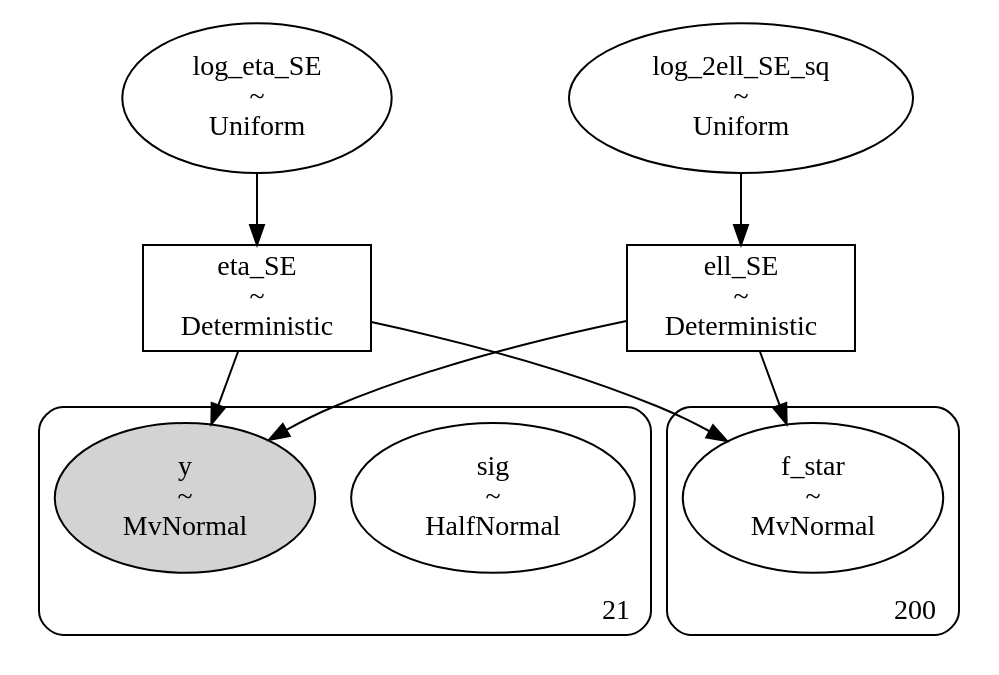
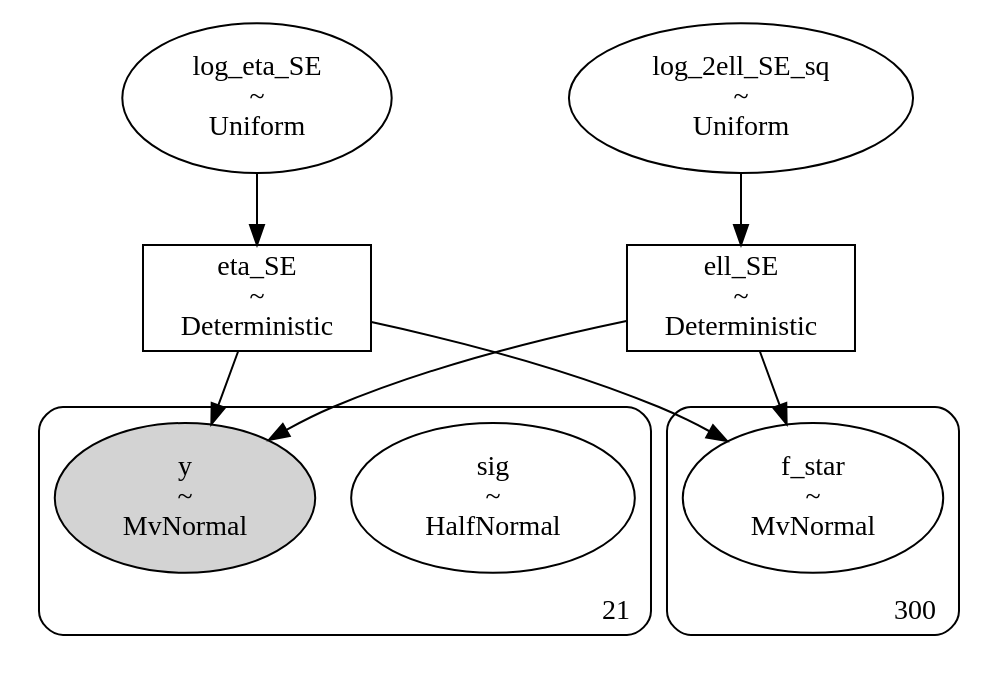
The diagram in dags/428_ra236.530_dec-46.922_4U1543TraPDB_andersson_se_dag.dot (shihchingfu/gp-sandbox-thunderkat), drawn with Graphviz before and after one commit. The commit also changed 11 other files, not shown here.

```diff
--- a/dags/428_ra236.530_dec-46.922_4U1543TraPDB_andersson_se_dag.dot
+++ b/dags/428_ra236.530_dec-46.922_4U1543TraPDB_andersson_se_dag.dot
@@ -1,35 +1,35 @@
 digraph {
 	eta_SE [label="eta_SE
 ~
 Deterministic" shape=box]
+	log_eta_SE [label="log_eta_SE
+~
+Uniform" shape=ellipse]
 	ell_SE [label="ell_SE
 ~
 Deterministic" shape=box]
 	log_2ell_SE_sq [label="log_2ell_SE_sq
-~
-Uniform" shape=ellipse]
-	log_eta_SE [label="log_eta_SE
 ~
 Uniform" shape=ellipse]
 	subgraph cluster21 {
 		sig [label="sig
 ~
 HalfNormal" shape=ellipse]
 		y [label="y
 ~
 MvNormal" shape=ellipse style=filled]
 		label=21 labeljust=r labelloc=b style=rounded
 	}
-	subgraph cluster200 {
+	subgraph cluster300 {
 		f_star [label="f_star
 ~
 MvNormal" shape=ellipse]
-		label=200 labeljust=r labelloc=b style=rounded
+		label=300 labeljust=r labelloc=b style=rounded
 	}
 	log_2ell_SE_sq -> ell_SE
 	log_eta_SE -> eta_SE
 	eta_SE -> y
 	ell_SE -> y
 	eta_SE -> f_star
 	ell_SE -> f_star
 }
```
